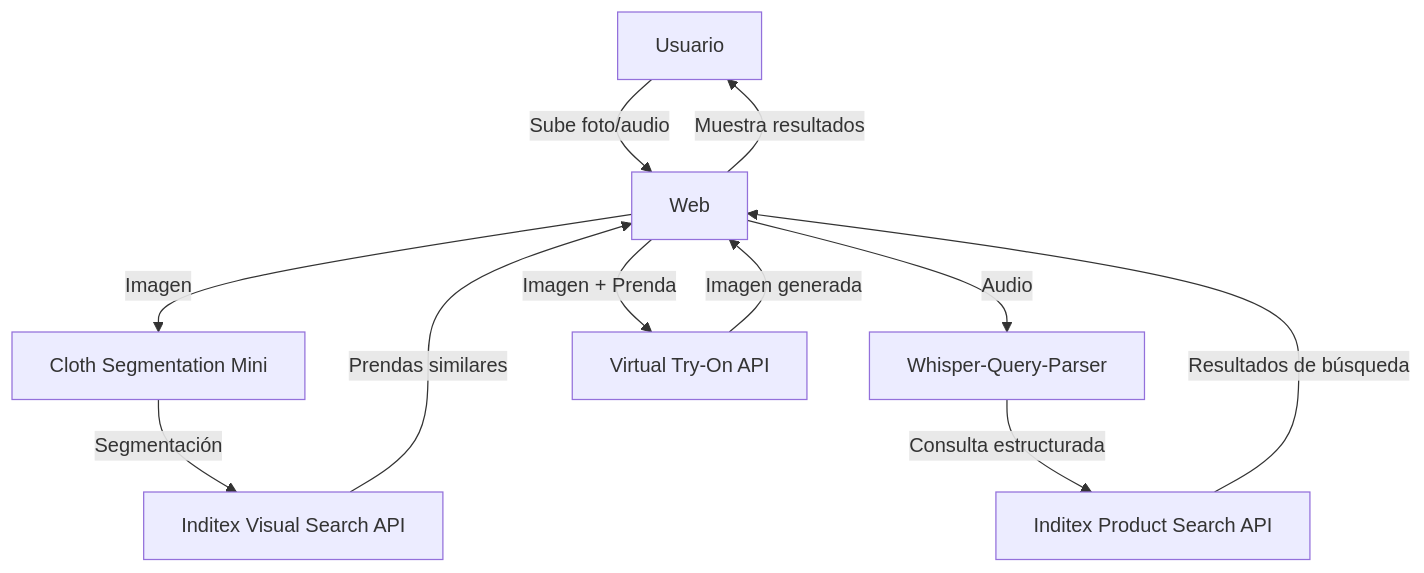
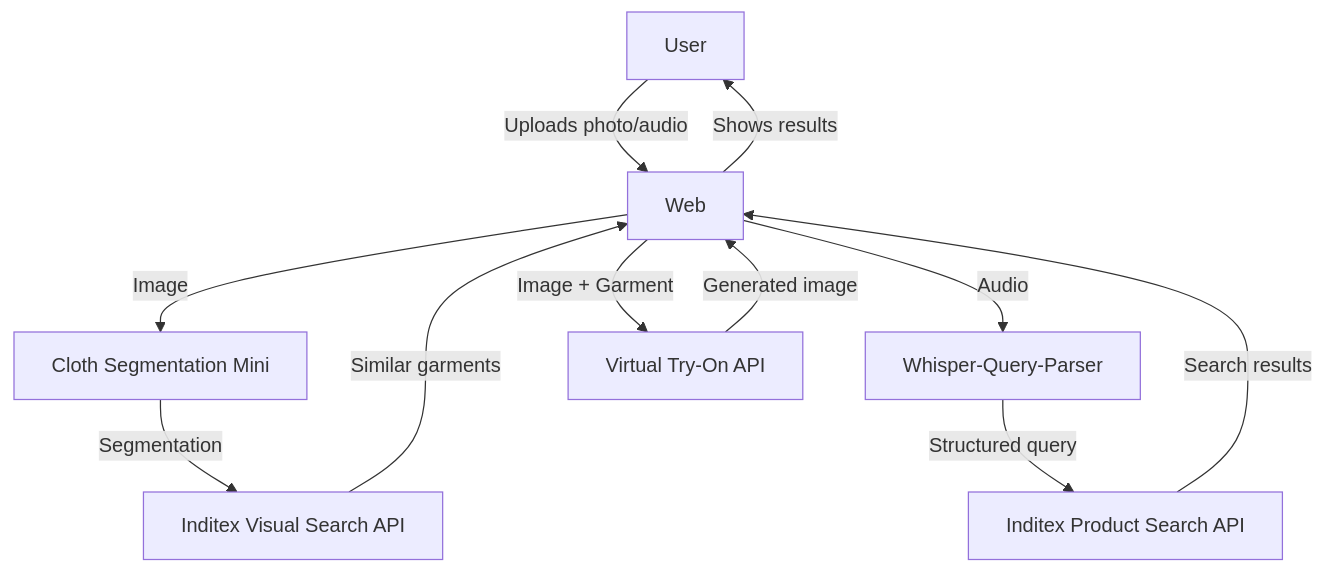
The diagram in profile/README.md (EchoLook/.github), drawn with Mermaid before and after one commit. The commit also changed other lines of this file, not shown here.

````diff
--- a/profile/README.md
+++ b/profile/README.md
@@ -56,13 +18,13 @@
 ```mermaid
 graph TD
-    A[Usuario] -->|Sube foto/audio| B[Web]
-    B -->|Imagen| C[Cloth Segmentation Mini]
+    A[User]-->|Uploads photo/audio| B[Web]
+    B -->|Image| C[Cloth Segmentation Mini]
     B -->|Audio| D[Whisper-Query-Parser]
-    C -->|Segmentación| E[Inditex Visual Search API]
-    D -->|Consulta estructurada| F[Inditex Product Search API]
-    E -->|Prendas similares| B
-    F -->|Resultados de búsqueda| B
-    B -->|Imagen + Prenda| G[Virtual Try-On API]
-    G -->|Imagen generada| B
-    B -->|Muestra resultados| A
+    C -->|Segmentation| E[Inditex Visual Search API]
+    D -->|Structured query| F[Inditex Product Search API]
+    E -->|Similar garments| B
+    F -->|Search results| B
+    B -->|Image + Garment| G[Virtual Try-On API]
+    G -->|Generated image| B
+    B -->|Shows results| A
 ```
````
